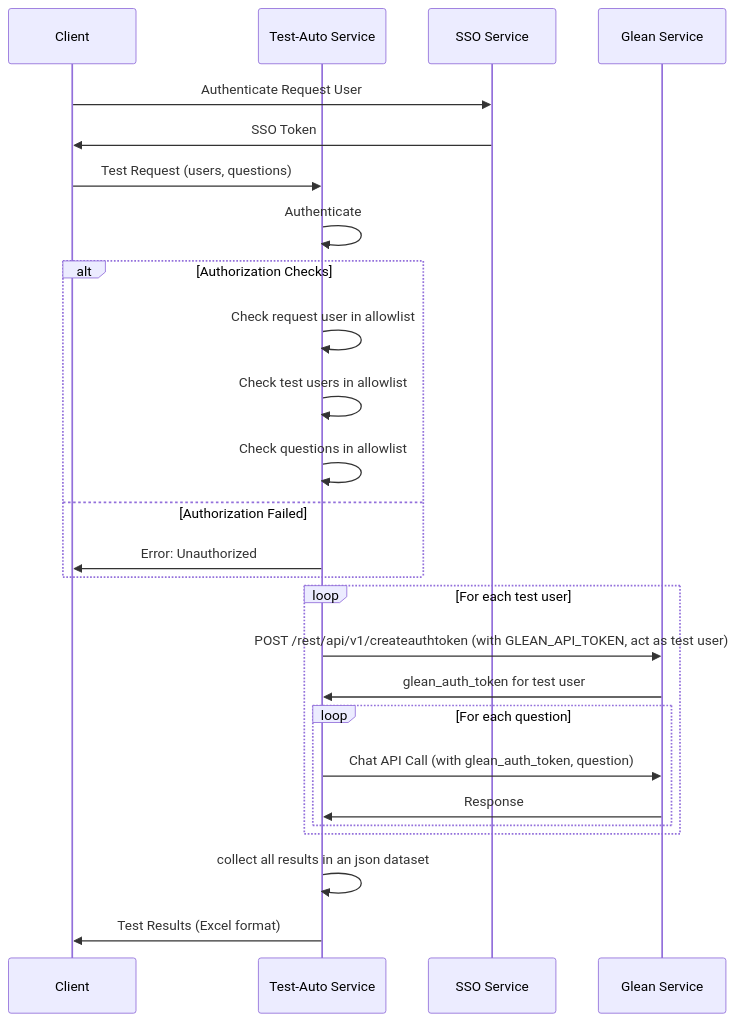
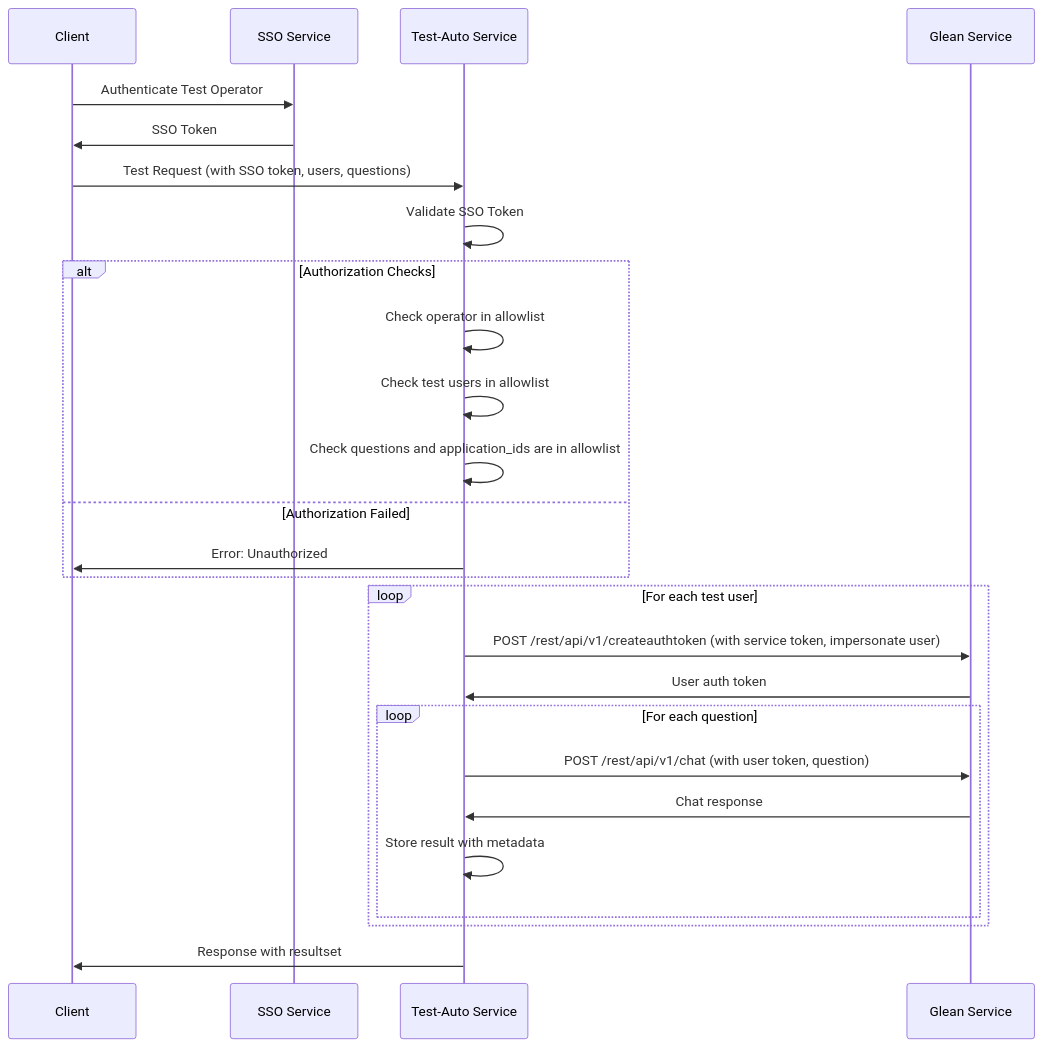
The second of 2 diagrams in test-automation-architecture.md (andrewhzy/test-automation), drawn with Mermaid before and after one commit. The commit also changed other lines of this file and 2 other files, not shown here.

````diff
--- a/test-automation-architecture.md
+++ b/test-automation-architecture.md
@@ -47,31 +48,32 @@
 ```mermaid
 sequenceDiagram
     participant C as Client
+    participant SSO as SSO Service
     participant TA as Test-Auto Service
-    participant SSO as SSO Service
     participant G as Glean Service
     
-    C->>SSO: Authenticate Request User
+    C->>SSO: Authenticate Test Operator
     SSO->>C: SSO Token
-    C->>TA: Test Request (users, questions)
-    TA->>TA: Authenticate
+    C->>TA: Test Request (with SSO token, users, questions)
+    TA->>TA: Validate SSO Token
     
     alt Authorization Checks
-        TA->>TA: Check request user in allowlist
+        TA->>TA: Check operator in allowlist
         TA->>TA: Check test users in allowlist
-        TA->>TA: Check questions in allowlist
+        TA->>TA: Check questions and application_ids are in allowlist
     else Authorization Failed
         TA->>C: Error: Unauthorized
     end
     
     loop For each test user
-        TA->>G: POST /rest/api/v1/createauthtoken (with GLEAN_API_TOKEN, act as test user)
-        G->>TA: glean_auth_token for test user
+        TA->>G: POST /rest/api/v1/createauthtoken (with service token, impersonate user)
+        G->>TA: User auth token
         loop For each question
-            TA->>G: Chat API Call (with glean_auth_token, question)
-            G->>TA: Response
+            TA->>G: POST /rest/api/v1/chat (with user token, question)
+            G->>TA: Chat response
+            TA->>TA: Store result with metadata
         end
     end
-    TA->>TA: collect all results in an json dataset
-    TA->>C: Test Results (Excel format)
+
+    TA->>C: Response with resultset
 ```
````
